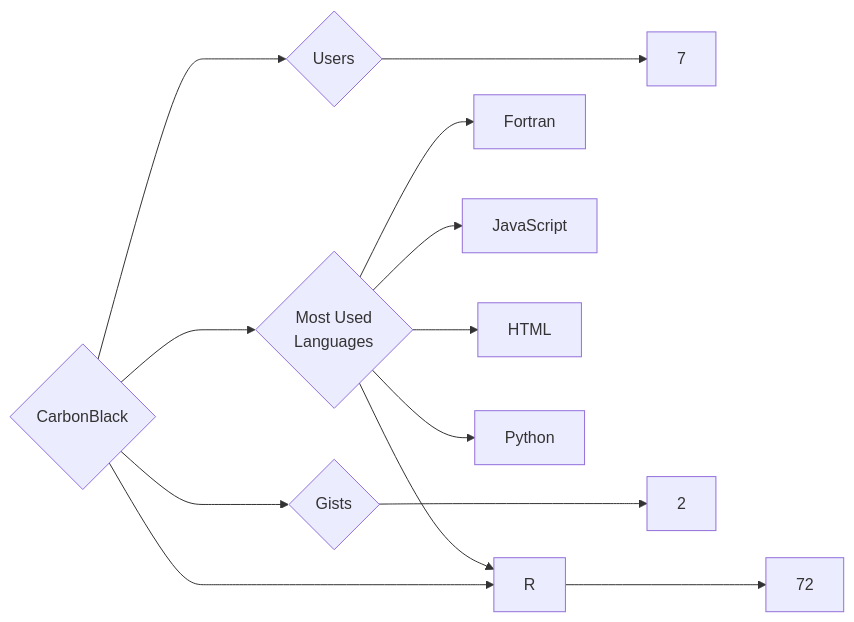
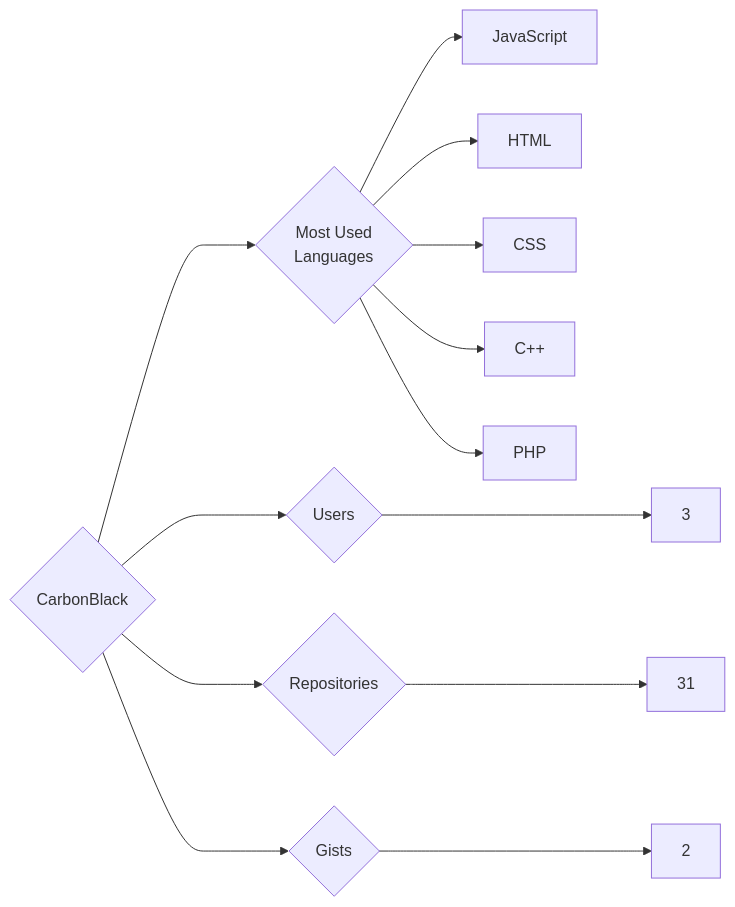
One commit to trickest/insiders changed the diagram in targets/CarbonBlack/README.md. Above: the diagram before and after it, drawn with Mermaid. The commit also changed 636 other files, not shown here.

````diff
--- a/targets/CarbonBlack/README.md
+++ b/targets/CarbonBlack/README.md
@@ -3,13 +3,13 @@
 ```mermaid
 graph LR
 COMPANY_NAME{CarbonBlack}
-COMPANY_NAME ---> U{Users} ---> UN[7]
-COMPANY_NAME ---> R{Repositories} ---> RN[72]
+COMPANY_NAME ---> U{Users} ---> UN[3]
+COMPANY_NAME ---> R{Repositories} ---> RN[31]
 COMPANY_NAME ---> G{Gists} ---> GN[2]
 COMPANY_NAME ---> ML{Most Used<br>Languages}
-ML --> Fortran[Fortran]
 ML --> JavaScript[JavaScript]
 ML --> HTML[HTML]
-ML --> R[R]
-ML --> Python[Python]
+ML --> CSS[CSS]
+ML --> C++[C++]
+ML --> PHP[PHP]
 ```
````
